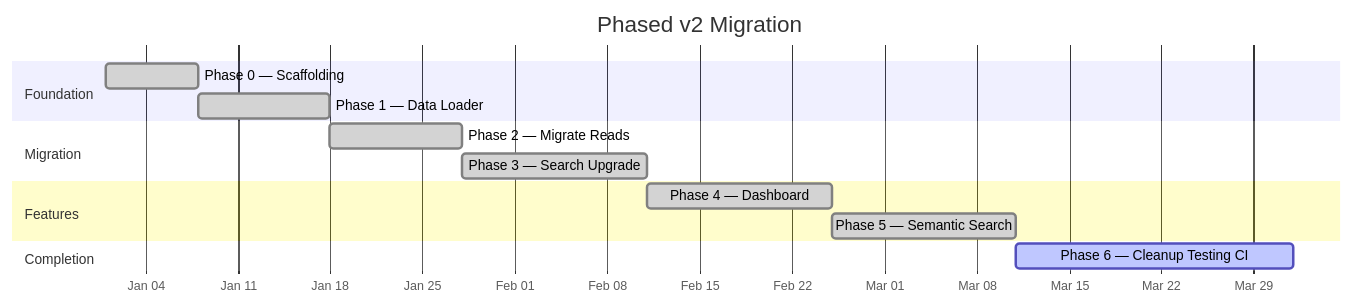
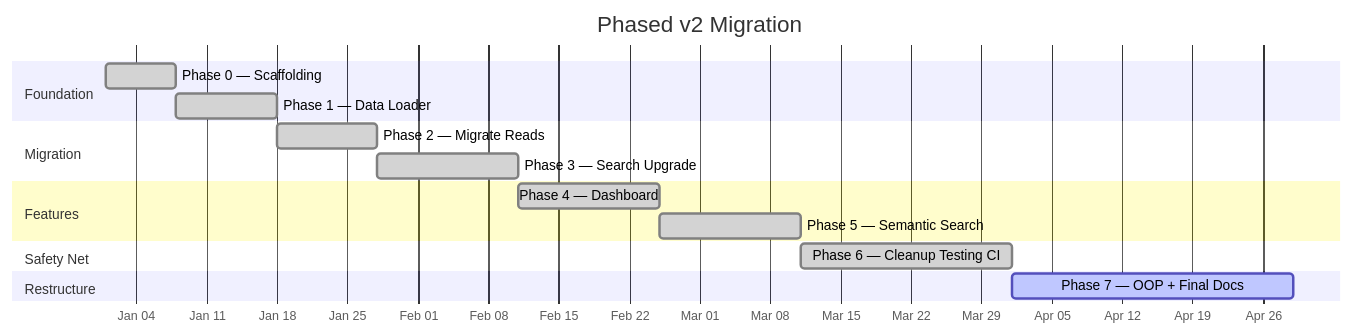
The second of 3 diagrams in docs/CONVERSATIONS_MASTER_PLAN.md (amrambouskila/llm-cli-conversations), drawn with Mermaid before and after one commit. The commit also changed other lines of this file and 8 other files, not shown here.

````diff
--- a/docs/CONVERSATIONS_MASTER_PLAN.md
+++ b/docs/CONVERSATIONS_MASTER_PLAN.md
@@ -119,21 +119,24 @@
 ```mermaid
 gantt
     title Phased v2 Migration
     dateFormat YYYY-MM-DD
     axisFormat %b %d
 
     section Foundation
     Phase 0 — Scaffolding         :done, p0, 2026-01-01, 7d
     Phase 1 — Data Loader         :done, p1, after p0, 10d
 
     section Migration
     Phase 2 — Migrate Reads       :done, p2, after p1, 10d
     Phase 3 — Search Upgrade      :done, p3, after p2, 14d
 
     section Features
     Phase 4 — Dashboard           :done, p4, after p3, 14d
     Phase 5 — Semantic Search     :done, p5, after p4, 14d
 
-    section Completion
-    Phase 6 — Cleanup Testing CI  :active, p6, after p5, 21d
+    section Safety Net
+    Phase 6 — Cleanup Testing CI  :done, p6, after p5, 21d
+
+    section Restructure
+    Phase 7 — OOP + Final Docs    :active, p7, after p6, 28d
 ```
````
